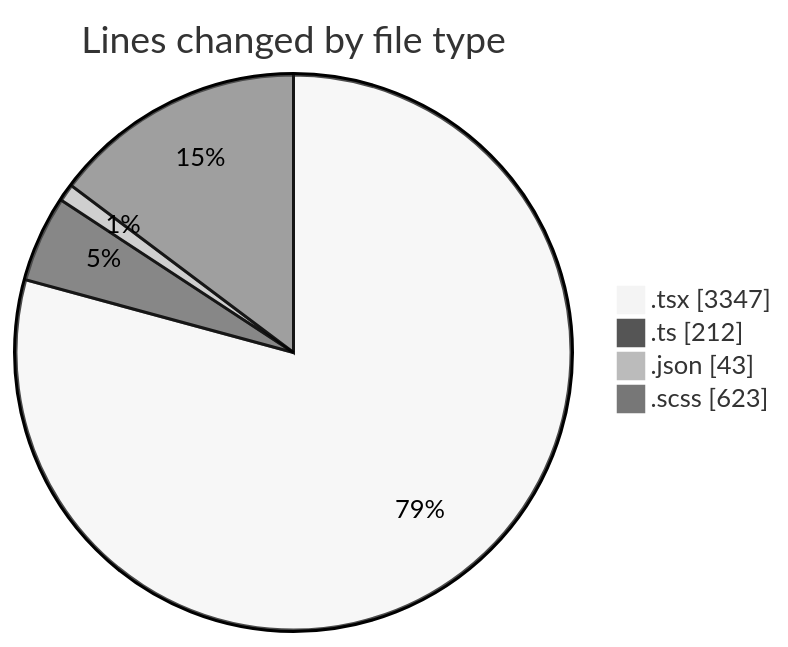
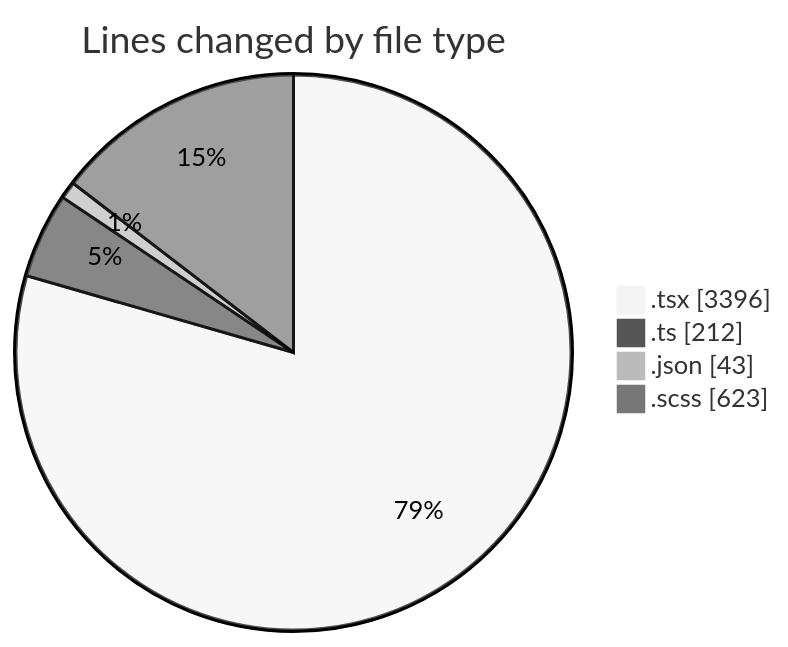
The first of 2 diagrams in 2025-09-23/cda/README.md (momahboobian/code-tracking), drawn with Mermaid (neutral theme) before and after one commit. The commit also changed other lines of this file and 1 other file, not shown here.

````diff
--- a/2025-09-23/cda/README.md
+++ b/2025-09-23/cda/README.md
@@ -31,8 +31,8 @@
 ```mermaid
 pie showData
 title Lines changed by file type
-".tsx" : 3347
+".tsx" : 3396
 ".ts" : 212
 ".json" : 43
 ".scss" : 623
 ```
````
